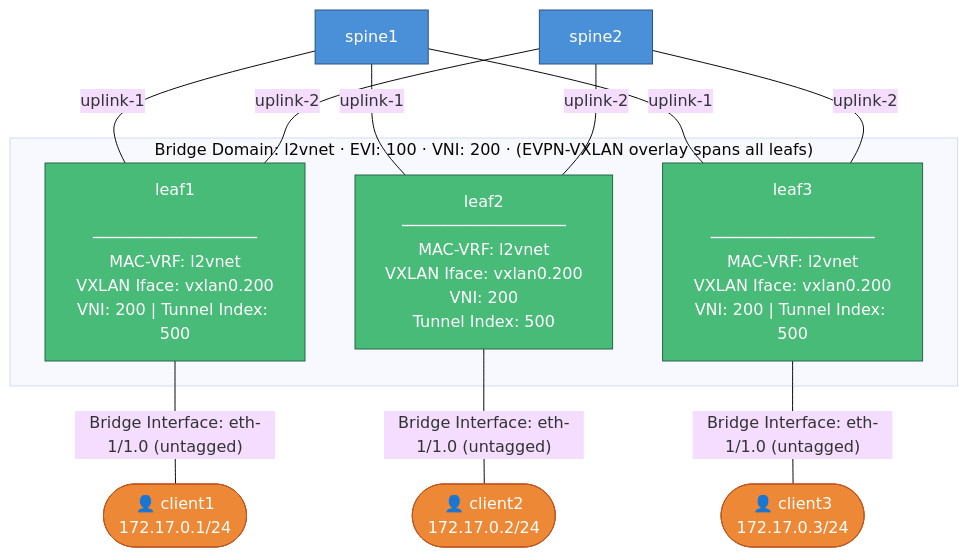
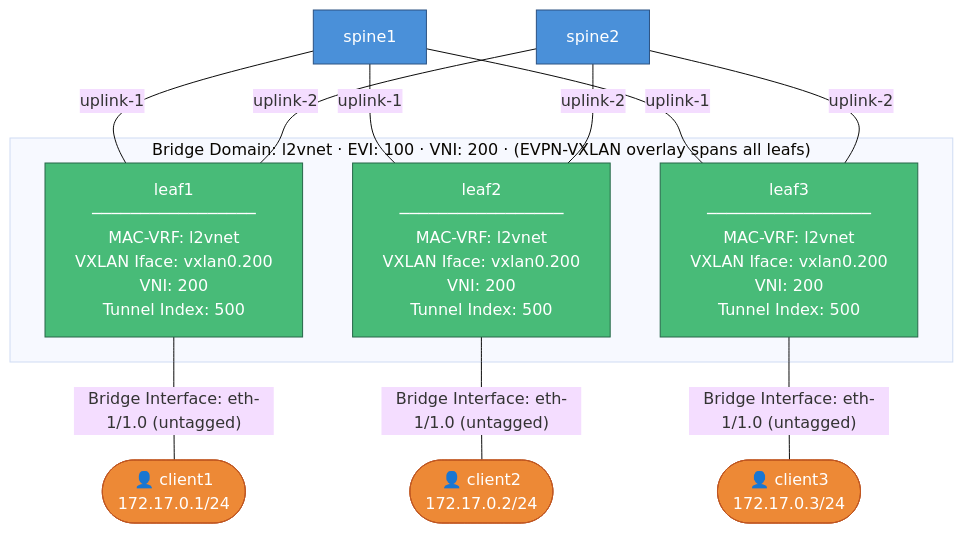
The first of 2 diagrams in part2-service-overlays.md (thcorre/eda-quick-tour), drawn with Mermaid (base theme) before and after one commit.

Commit message:
Fix formatting of VNI and Tunnel Index in overlays

````diff
--- a/part2-service-overlays.md
+++ b/part2-service-overlays.md
@@ -89,52 +89,54 @@
 ```mermaid
 graph TD
     spine1[spine1]
     spine2[spine2]
 
     subgraph BD["Bridge Domain: l2vnet  ·  EVI: 100  ·  VNI: 200  ·  (EVPN-VXLAN overlay spans all leafs)"]
         leaf1["leaf1
         ─────────────────
 MAC-VRF: l2vnet
 VXLAN Iface: vxlan0.200
-VNI: 200 | Tunnel Index: 500"]
+VNI: 200
+Tunnel Index: 500"]
 
         leaf2["leaf2
         ─────────────────
 MAC-VRF: l2vnet
 VXLAN Iface: vxlan0.200
 VNI: 200
 Tunnel Index: 500"]
 
         leaf3["leaf3
         ─────────────────
 MAC-VRF: l2vnet
 VXLAN Iface: vxlan0.200
-VNI: 200 | Tunnel Index: 500"]
+VNI: 200
+Tunnel Index: 500"]
     end
 
     c1(["👤 client1
     172.17.0.1/24"])
     c2(["👤 client2
     172.17.0.2/24"])
     c3(["👤 client3
     172.17.0.3/24"])
 
     spine1 ---|uplink-1| leaf1
     spine1 ---|uplink-1| leaf2
     spine1 ---|uplink-1| leaf3
     spine2 ---|uplink-2| leaf1
     spine2 ---|uplink-2| leaf2
     spine2 ---|uplink-2| leaf3
 
     leaf1 ---|"Bridge Interface: eth-1/1.0 (untagged)"| c1
     leaf2 ---|"Bridge Interface: eth-1/1.0 (untagged)"| c2
     leaf3 ---|"Bridge Interface: eth-1/1.0 (untagged)"| c3
 
     classDef spine fill:#4a90d9,color:#fff,stroke:#2c5282
     classDef leaf fill:#48bb78,color:#fff,stroke:#276749
     classDef client fill:#ed8936,color:#fff,stroke:#c05621
 
     class spine1,spine2 spine
     class leaf1,leaf2,leaf3 leaf
     class c1,c2,c3 client
 ```
````
